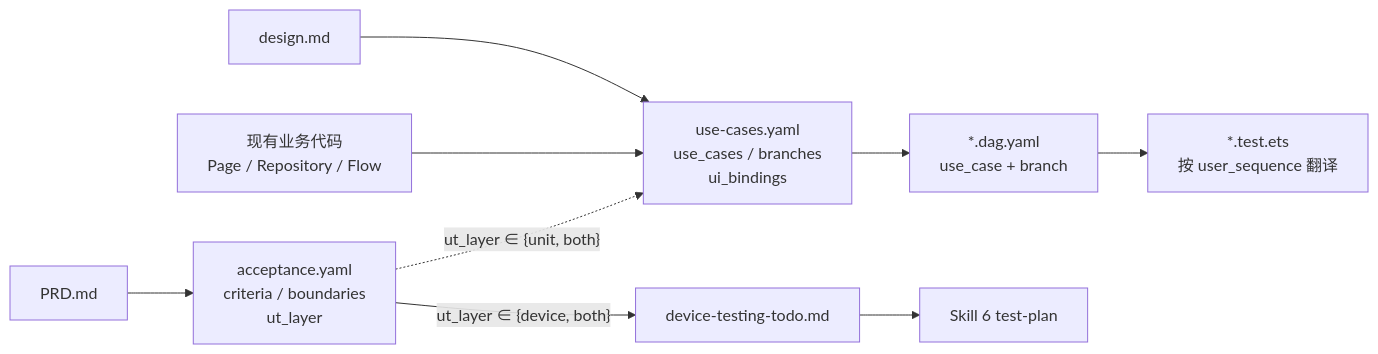
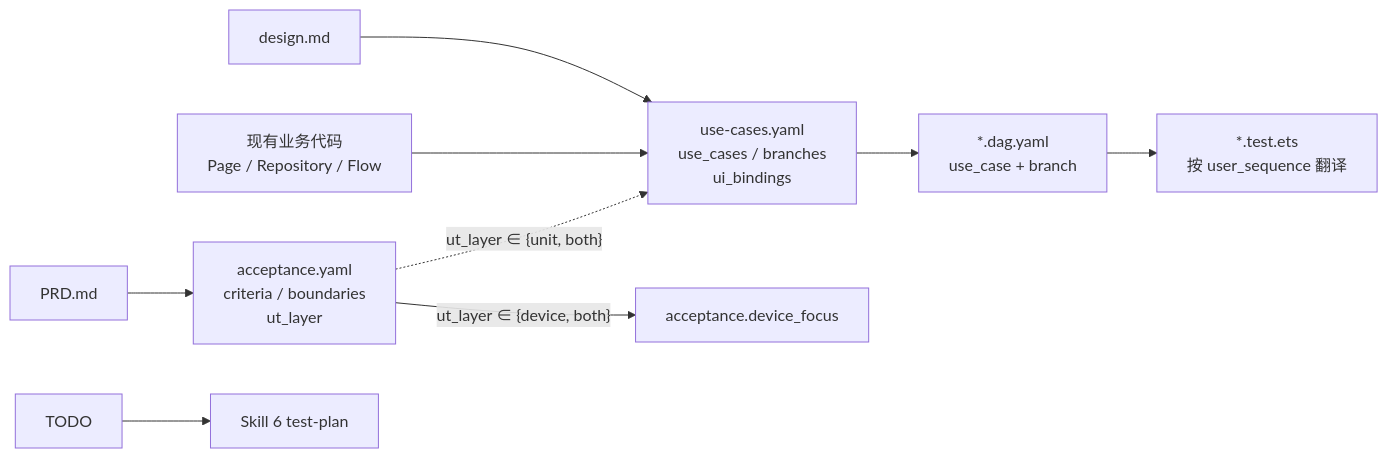
Before and after one commit to sqsqsq/SimulatedWalletForHmos: the diagram in framework/profiles/hmos-app/skills/5-business-ut/templates/use-cases-schema.md, drawn with Mermaid. The commit also changed other lines of this file and 44 other files, not shown here.

First line of the commit message:
feat(framework): 废弃 device-testing-todo，收敛 acceptance device_focus SSOT

````diff
--- a/framework/profiles/hmos-app/skills/5-business-ut/templates/use-cases-schema.md
+++ b/framework/profiles/hmos-app/skills/5-business-ut/templates/use-cases-schema.md
@@ -145,11 +145,11 @@
 ```mermaid
 flowchart LR
   PRD["PRD.md"] --> AC["acceptance.yaml<br>criteria / boundaries<br>ut_layer"]
   DESIGN["design.md"] --> UC["use-cases.yaml<br>use_cases / branches<br>ui_bindings"]
   CODE["现有业务代码<br>Page / Repository / Flow"] --> UC
   AC -. "ut_layer ∈ {unit, both}" .-> UC
   UC --> DAG["*.dag.yaml<br>use_case + branch"]
   DAG --> UT["*.test.ets<br>按 user_sequence 翻译"]
-  AC -->|"ut_layer ∈ {device, both}"| TODO["device-testing-todo.md"]
+  AC -->|"ut_layer ∈ {device, both}"| DEV["acceptance.device_focus"]
   TODO --> S6["Skill 6 test-plan"]
 ```
````
